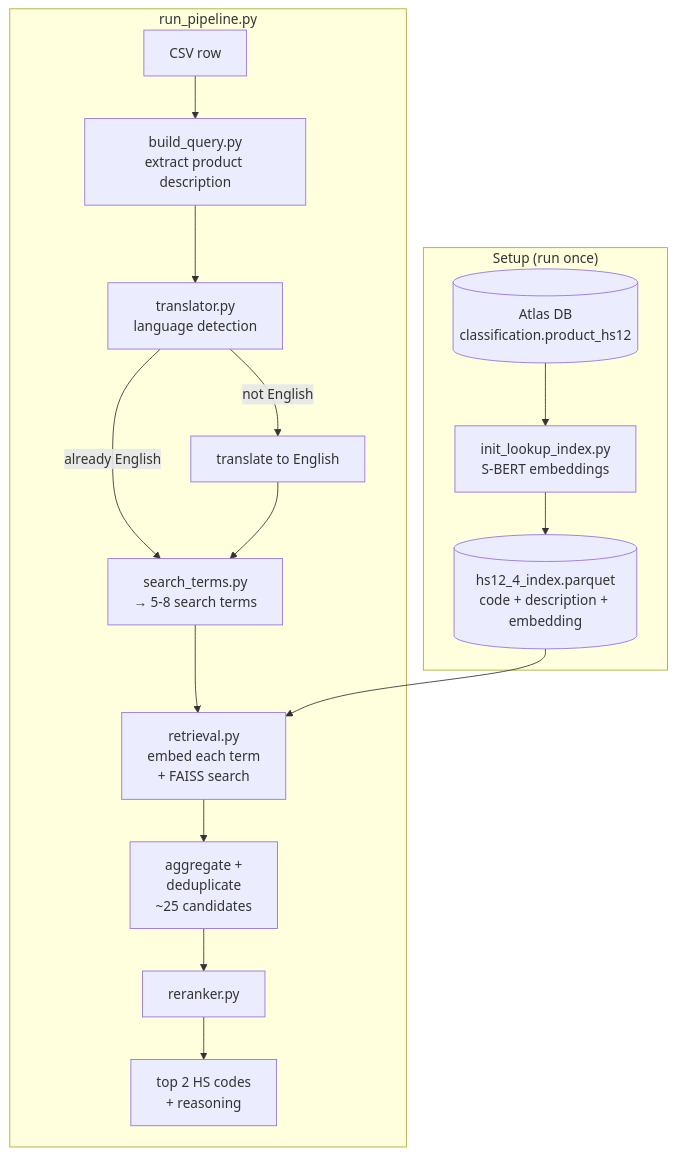
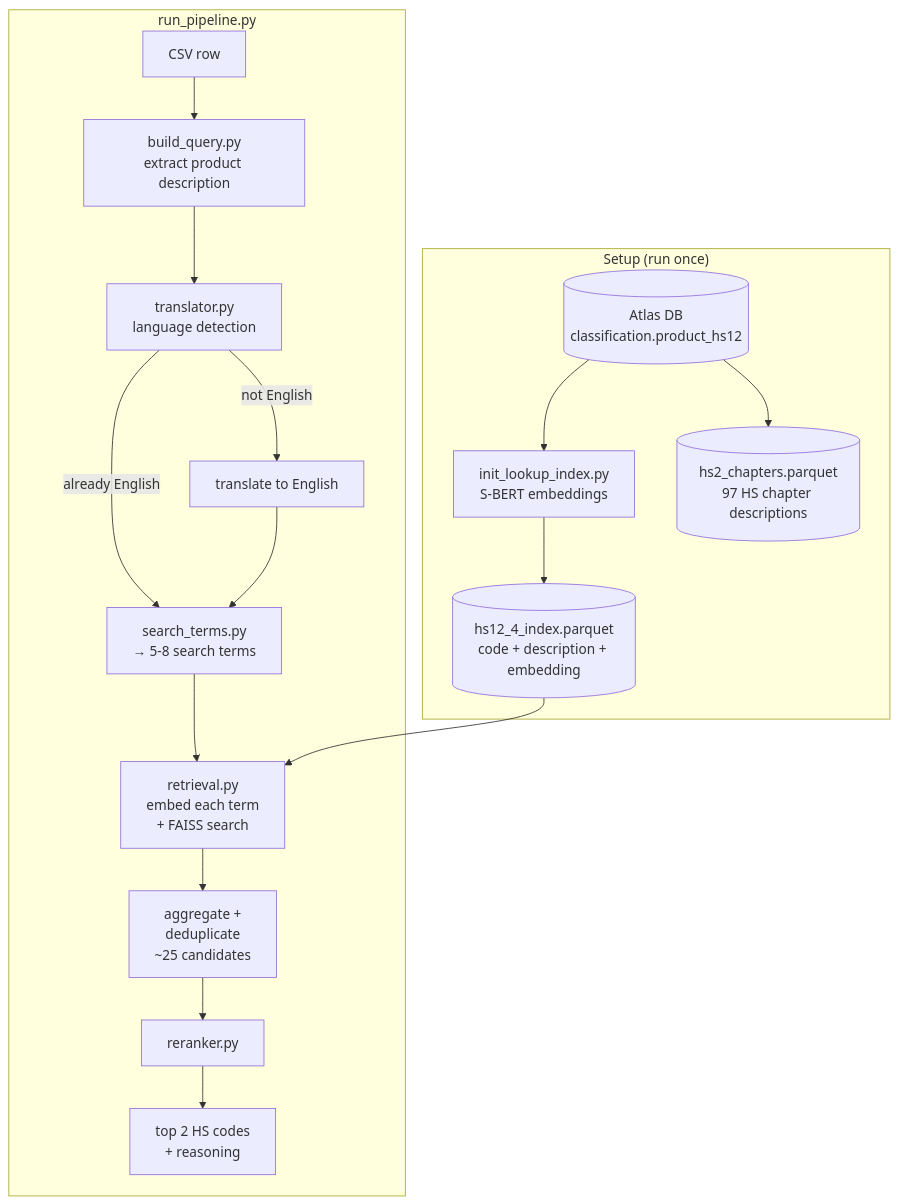
Before and after one commit to harvard-growth-lab/hscode-mapping: the diagram in README.md, drawn with Mermaid. The commit also changed other lines of this file and 5 other files, not shown here.

````diff
--- a/README.md
+++ b/README.md
@@ -7,22 +7,24 @@
 ```mermaid
 flowchart TD
     subgraph setup ["Setup (run once)"]
         DB[("Atlas DB\nclassification.product_hs12")]
         EMB["init_lookup_index.py\nS-BERT embeddings"]
         IDX[("hs12_4_index.parquet\ncode + description + embedding")]
+        CH[("hs2_chapters.parquet\n97 HS chapter descriptions")]
         DB --> EMB --> IDX
+        DB --> CH
     end
 
     subgraph classify ["run_pipeline.py"]
         A["CSV row"] --> BQ["build_query.py\nextract product description"]
         BQ --> T["translator.py\nlanguage detection"]
         T -->|not English| TR["translate to English"]
         T -->|already English| ST
         TR --> ST["search_terms.py\n→ 5-8 search terms"]
         ST --> R["retrieval.py\nembed each term\n+ FAISS search"]
         IDX --> R
         R --> AGG["aggregate +\ndeduplicate\n~25 candidates"]
         AGG --> RR["reranker.py"]
         RR --> OUT["top 2 HS codes\n+ reasoning"]
     end
 ```
````
